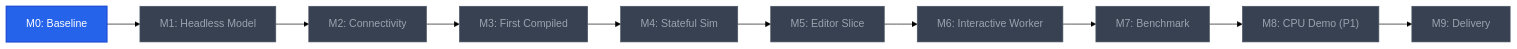
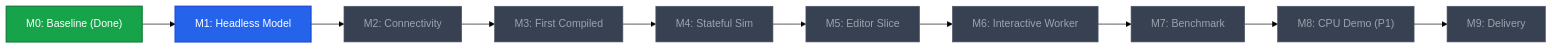
The first of 3 diagrams in README.md (Nyot-Nyot/digital-logic-forge), drawn with Mermaid (forest theme) before and after one commit. The commit also changed other lines of this file and 22 other files, not shown here.

````diff
--- a/README.md
+++ b/README.md
@@ -26,17 +26,19 @@
 ```mermaid
 flowchart LR
-    M0["M0: Baseline"] --> M1["M1: Headless Model"]
+    M0["M0: Baseline (Done)"] --> M1["M1: Headless Model"]
     M1 --> M2["M2: Connectivity"]
     M2 --> M3["M3: First Compiled"]
     M3 --> M4["M4: Stateful Sim"]
     M4 --> M5["M5: Editor Slice"]
     M5 --> M6["M6: Interactive Worker"]
     M6 --> M7["M7: Benchmark"]
     M7 --> M8["M8: CPU Demo (P1)"]
     M8 --> M9["M9: Delivery"]
 
+    classDef done fill:#16a34a,stroke:#15803d,stroke-width:2px,color:#fff;
     classDef active fill:#2563eb,stroke:#1d4ed8,stroke-width:2px,color:#fff;
     classDef pending fill:#374151,stroke:#4b5563,stroke-width:1px,color:#9ca3af;
-    class M0 active;
-    class M1,M2,M3,M4,M5,M6,M7,M8,M9 pending;
+    class M0 done;
+    class M1 active;
+    class M2,M3,M4,M5,M6,M7,M8,M9 pending;
 ```
````
